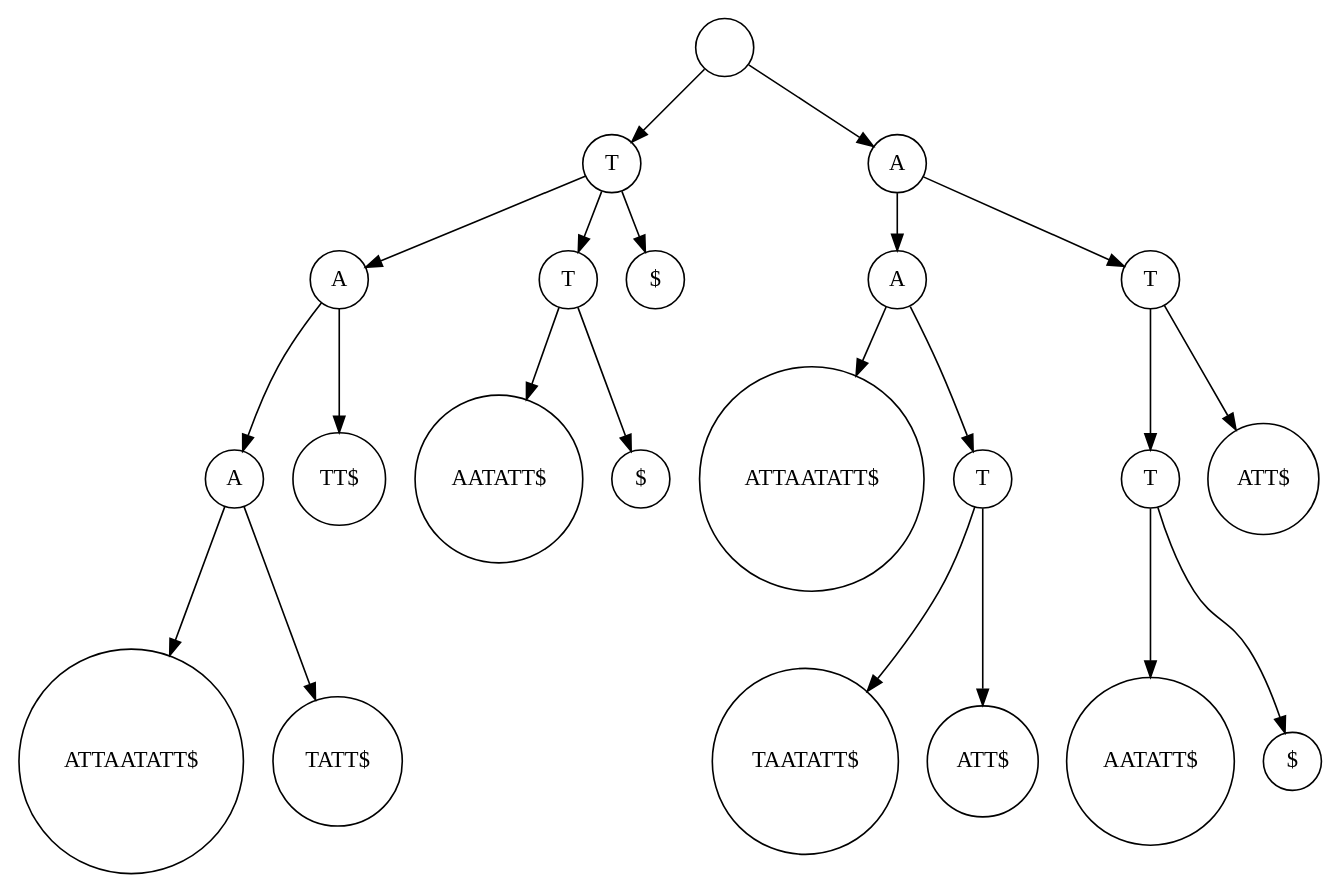
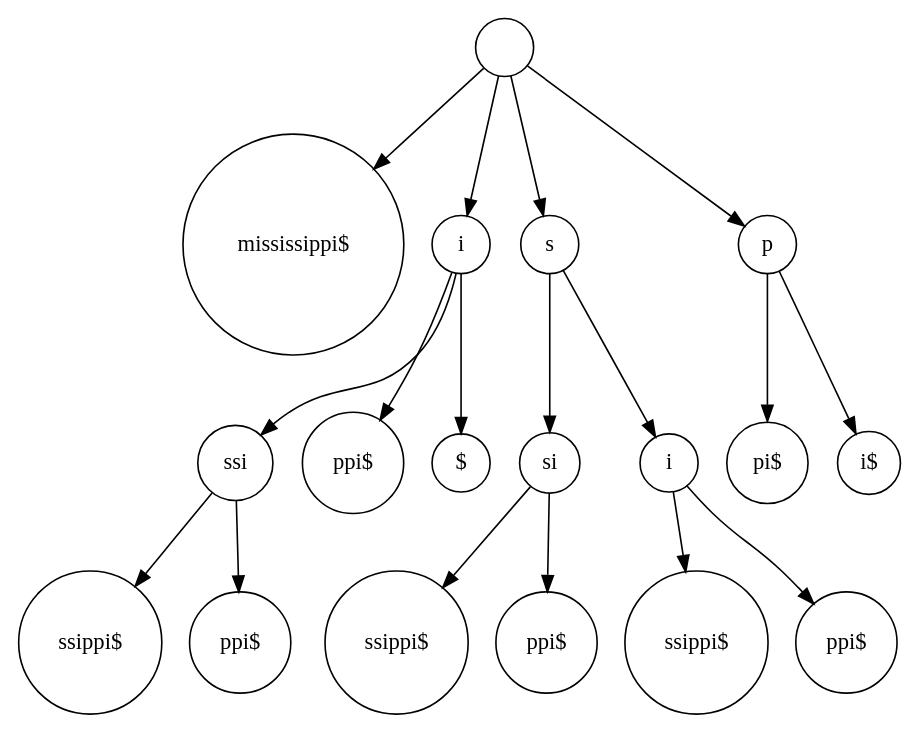
Before and after one commit to evertheylen/TA_TO: the diagram in Helix/end_0.dot, drawn with Graphviz. The commit also changed 38 other files, not shown here.

```diff
--- a/Helix/end_0.dot
+++ b/Helix/end_0.dot
@@ -1,55 +1,44 @@
 digraph suffix {
 	node [shape = circle];
 	0 [label= ""];
-	1 [label= "T"];
+	1 [label= "mississippi$"];
 	0 -> 1;
-	1 [label= "T"];
-	2 [label= "A"];
-	1 -> 2;
-	2 [label= "A"];
-	3 [label= "A"];
+	2 [label= "i"];
+	0 -> 2;
+	2 [label= "i"];
+	3 [label= "ssi"];
 	2 -> 3;
-	3 [label= "A"];
-	4 [label= "ATTAATATT$"];
+	3 [label= "ssi"];
+	4 [label= "ssippi$"];
 	3 -> 4;
-	5 [label= "TATT$"];
+	5 [label= "ppi$"];
 	3 -> 5;
-	6 [label= "TT$"];
+	6 [label= "ppi$"];
 	2 -> 6;
-	7 [label= "T"];
-	1 -> 7;
-	7 [label= "T"];
-	8 [label= "AATATT$"];
-	7 -> 8;
-	9 [label= "$"];
-	7 -> 9;
-	10 [label= "$"];
-	1 -> 10;
-	11 [label= "A"];
-	0 -> 11;
-	11 [label= "A"];
-	12 [label= "A"];
-	11 -> 12;
-	12 [label= "A"];
-	13 [label= "ATTAATATT$"];
+	7 [label= "$"];
+	2 -> 7;
+	8 [label= "s"];
+	0 -> 8;
+	8 [label= "s"];
+	9 [label= "si"];
+	8 -> 9;
+	9 [label= "si"];
+	10 [label= "ssippi$"];
+	9 -> 10;
+	11 [label= "ppi$"];
+	9 -> 11;
+	12 [label= "i"];
+	8 -> 12;
+	12 [label= "i"];
+	13 [label= "ssippi$"];
 	12 -> 13;
-	14 [label= "T"];
+	14 [label= "ppi$"];
 	12 -> 14;
-	14 [label= "T"];
-	15 [label= "TAATATT$"];
-	14 -> 15;
-	16 [label= "ATT$"];
-	14 -> 16;
-	17 [label= "T"];
-	11 -> 17;
-	17 [label= "T"];
-	18 [label= "T"];
-	17 -> 18;
-	18 [label= "T"];
-	19 [label= "AATATT$"];
-	18 -> 19;
-	20 [label= "$"];
-	18 -> 20;
-	21 [label= "ATT$"];
-	17 -> 21;
+	15 [label= "p"];
+	0 -> 15;
+	15 [label= "p"];
+	16 [label= "pi$"];
+	15 -> 16;
+	17 [label= "i$"];
+	15 -> 17;
 }
```
